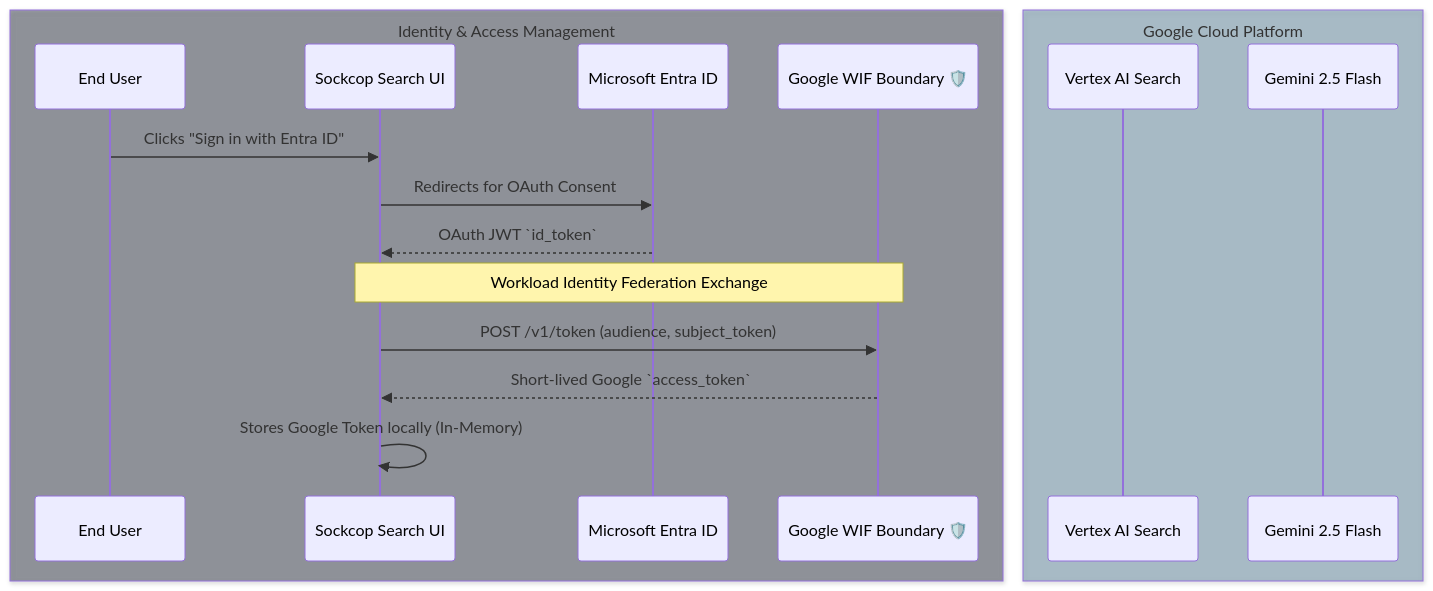
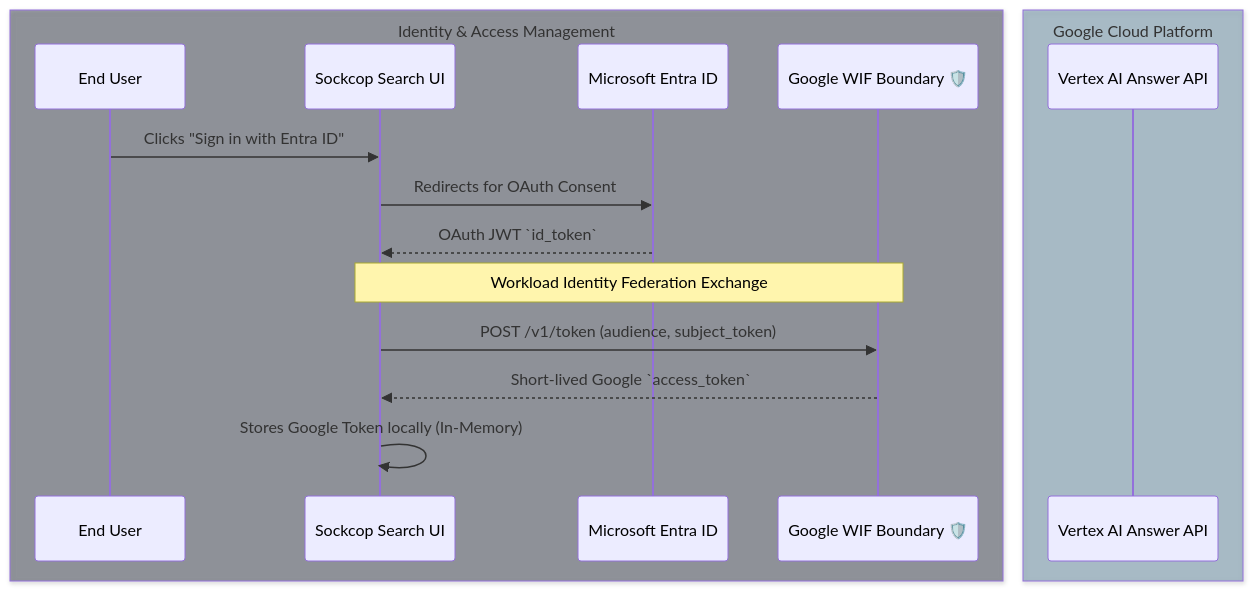
Before and after one commit to jchavezar/vertex-ai-samples: the first of 2 diagrams in antigravity/sockcop_search/README.md, drawn with Mermaid. The commit also changed other lines of this file and 7 other files, not shown here.

First line of the commit message:
feat(sockcop_search): migrate to Vertex AI Answer API & improve UI citations

````diff
--- a/antigravity/sockcop_search/README.md
+++ b/antigravity/sockcop_search/README.md
@@ -11,22 +11,21 @@
 ```mermaid
 sequenceDiagram
     box rgba(15, 23, 42, 0.4) Identity & Access Management
         participant User as End User
         participant Frontend as Sockcop Search UI
         participant EntraID as Microsoft Entra ID
         participant WIF as Google WIF Boundary 🛡️
     end
     box rgba(12, 74, 110, 0.3) Google Cloud Platform
-        participant VertexAI as Vertex AI Search
-        participant Gemini as Gemini 2.5 Flash
+        participant VertexAI as Vertex AI Answer API
     end
     
     User->>Frontend: Clicks "Sign in with Entra ID"
     Frontend->>EntraID: Redirects for OAuth Consent
     EntraID-->>Frontend: OAuth JWT `id_token`
     
     note over Frontend,WIF: Workload Identity Federation Exchange
     Frontend->>WIF: POST /v1/token (audience, subject_token)
     WIF-->>Frontend: Short-lived Google `access_token`
     Frontend->>Frontend: Stores Google Token locally (In-Memory)
 ```
````
